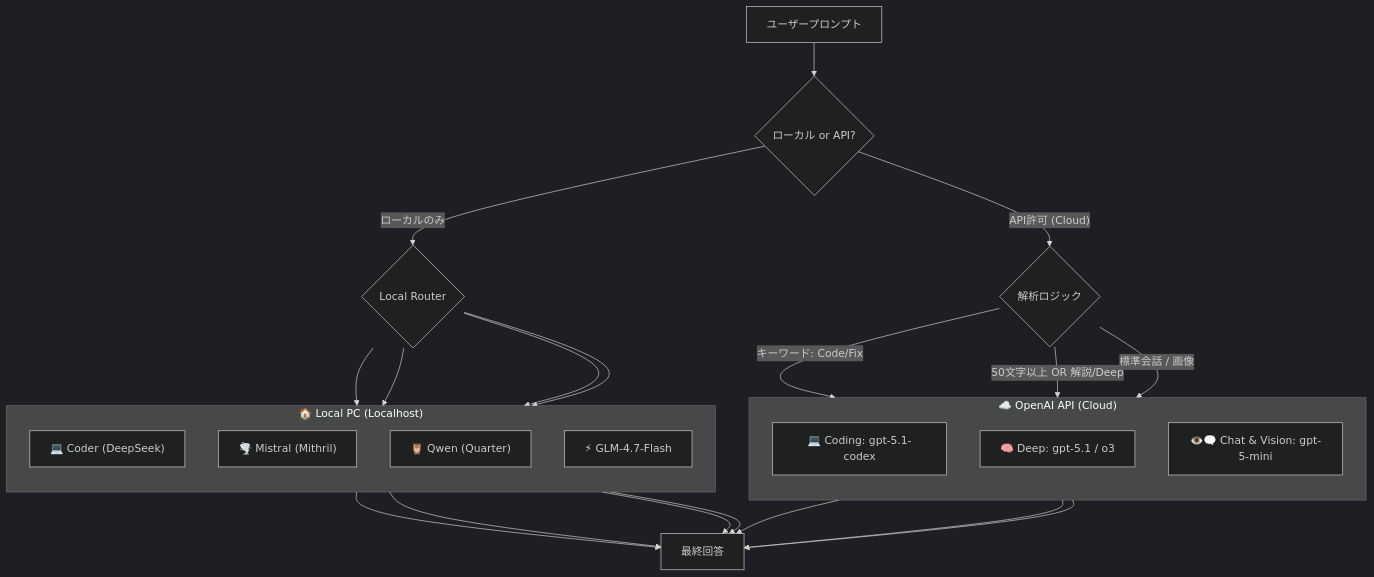
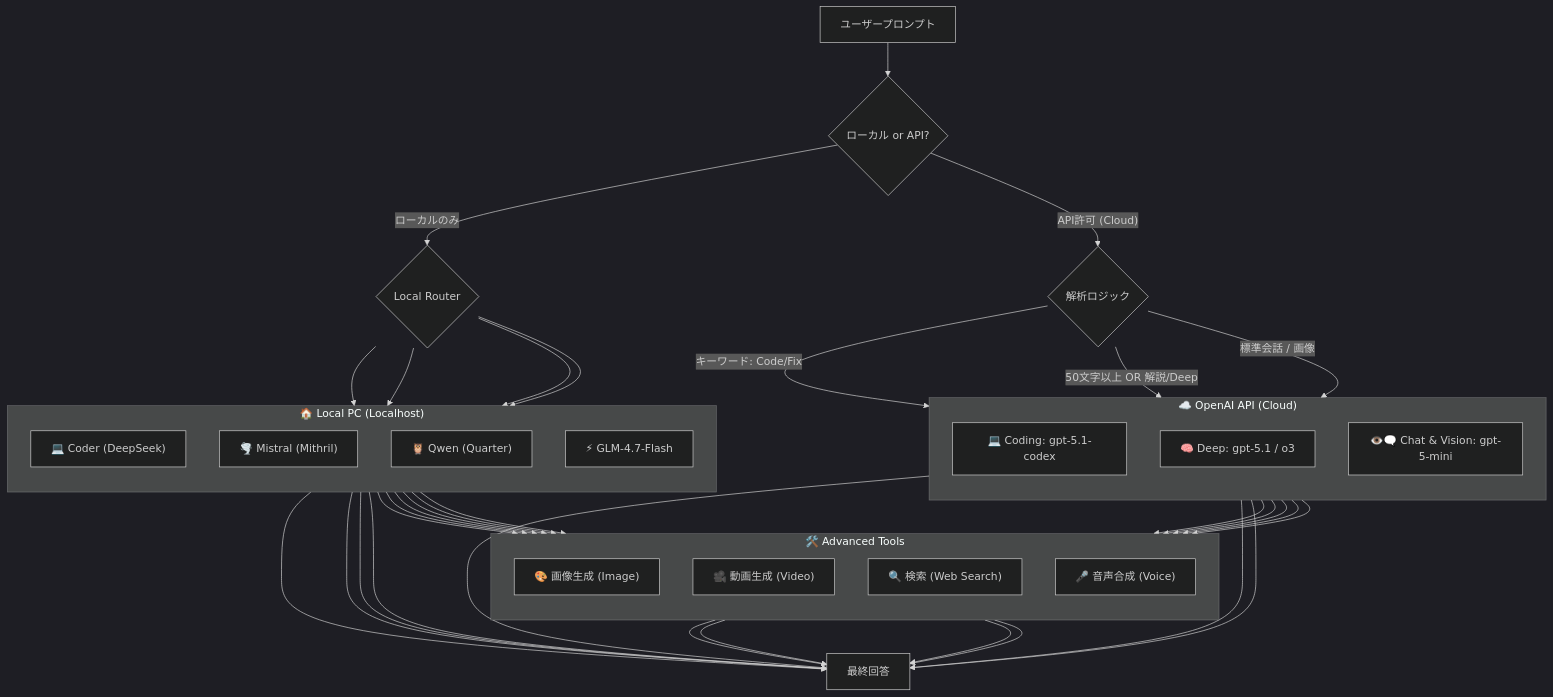
The diagram in README_JP.md (YoneRai12/YonerAI), drawn with Mermaid (dark theme) before and after one commit. The commit also changed 1 other file, not shown here.

Commit message:
Docs: Add Tools Layer (Img, Vid, Voice, Search) before Response [skip ci]

````diff
--- a/README_JP.md
+++ b/README_JP.md
@@ -60,46 +60,55 @@
 ```mermaid
 graph TD
     UserInput["ユーザープロンプト"] --> RouteCheck{ローカル or API?}
 
     %% Right Branch: Local
     RouteCheck -- "ローカルのみ" --> LocalRouter{Local Router}
 
     %% Left Branch: Cloud (API)
     RouteCheck -- "API許可 (Cloud)" --> OmniRouter{解析ロジック}
 
     %% Cloud Subgraph
     subgraph Cloud ["☁️ OpenAI API (Cloud)"]
         direction TB
         CodingModel["💻 Coding: gpt-5.1-codex"]
         HighModel["🧠 Deep: gpt-5.1 / o3"]
         MiniModel["👁️🗨️ Chat & Vision: gpt-5-mini"]
     end
-
+    
     %% Local Subgraph
     subgraph Local ["🏠 Local PC (Localhost)"]
         direction TB
         L_Coder["💻 Coder (DeepSeek)"]
         L_Mistral["🌪️ Mistral (Mithril)"]
         L_Qwen["🦉 Qwen (Quarter)"]
         L_GLM["⚡ GLM-4.7-Flash"]
     end
 
-    LocalRouter --> L_Coder
-    LocalRouter --> L_Mistral
-    LocalRouter --> L_Qwen
-    LocalRouter --> L_GLM
+    %% Tools Layer
+    subgraph Tools ["🛠️ Advanced Tools"]
+        direction TB
+        T_Img["🎨 画像生成 (Image)"]
+        T_Vid["🎥 動画生成 (Video)"]
+        T_Search["🔍 検索 (Web Search)"]
+        T_Voice["🎤 音声合成 (Voice)"]
+    end
 
+    %% Routing to Models
+    LocalRouter --> L_Coder & L_Mistral & L_Qwen & L_GLM
     OmniRouter -- "キーワード: Code/Fix" --> CodingModel
     OmniRouter -- "50文字以上 OR 解説/Deep" --> HighModel
     OmniRouter -- "標準会話 / 画像" --> MiniModel
 
-    %% Final Output
-    CodingModel --> Response["最終回答"]
-    HighModel --> Response
-    MiniModel --> Response
-    
-    L_Coder --> Response
-    L_Mistral --> Response
-    L_Qwen --> Response
-    L_GLM --> Response
+    %% Models to Tools
+    CodingModel & L_Coder --> T_Search
+    HighModel & L_Qwen --> T_Vid & T_Search
+    MiniModel & L_Mistral --> T_Img & T_Voice
+    L_GLM --> T_Voice
+
+    %% Models Direct Response (Chat)
+    CodingModel & HighModel & MiniModel --> Response["最終回答"]
+    L_Coder & L_Mistral & L_Qwen & L_GLM --> Response
+
+    %% Tools to Response
+    T_Img & T_Vid & T_Search & T_Voice --> Response
 ```
````
